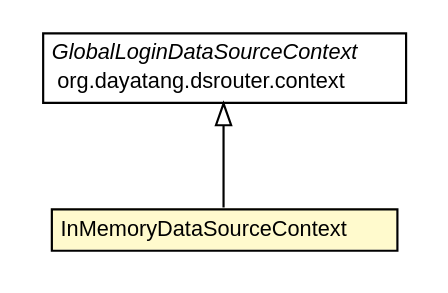
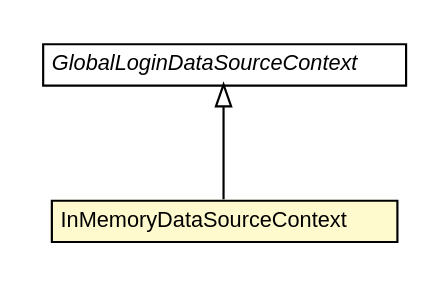
The diagram in dddlib-datasource-router/apidocs/org/dayatang/dsrouter/context/memory/InMemoryDataSourceContext.dot (dayatang/dddlib), drawn with Graphviz before and after one commit. The commit also changed 269 other files, not shown here.

```diff
--- a/dddlib-datasource-router/apidocs/org/dayatang/dsrouter/context/memory/InMemoryDataSourceContext.dot
+++ b/dddlib-datasource-router/apidocs/org/dayatang/dsrouter/context/memory/InMemoryDataSourceContext.dot
@@ -1,27 +1,26 @@
 #!/usr/local/bin/dot
 #
 # Class diagram 
 # Generated by UMLGraph version R5_6_6-8-g8d7759 (http://www.umlgraph.org/)
 #
 
 digraph G {
 	edge [fontname="Helvetica",fontsize=10,labelfontname="Helvetica",labelfontsize=10];
 	node [fontname="Helvetica",fontsize=10,shape=plaintext];
 	nodesep=0.25;
 	ranksep=0.5;
 	// org.dayatang.dsrouter.context.GlobalLoginDataSourceContext
-	c358 [label=<<table title="org.dayatang.dsrouter.context.GlobalLoginDataSourceContext" border="0" cellborder="1" cellspacing="0" cellpadding="2" port="p" href="../GlobalLoginDataSourceContext.html">
+	c341 [label=<<table title="org.dayatang.dsrouter.context.GlobalLoginDataSourceContext" border="0" cellborder="1" cellspacing="0" cellpadding="2" port="p" href="../GlobalLoginDataSourceContext.html">
 		<tr><td><table border="0" cellspacing="0" cellpadding="1">
 <tr><td align="center" balign="center"><font face="Helvetica-Oblique"> GlobalLoginDataSourceContext </font></td></tr>
-<tr><td align="center" balign="center"> org.dayatang.dsrouter.context </td></tr>
 		</table></td></tr>
 		</table>>, URL="../GlobalLoginDataSourceContext.html", fontname="Helvetica", fontcolor="black", fontsize=10.0];
 	// org.dayatang.dsrouter.context.memory.InMemoryDataSourceContext
-	c360 [label=<<table title="org.dayatang.dsrouter.context.memory.InMemoryDataSourceContext" border="0" cellborder="1" cellspacing="0" cellpadding="2" port="p" bgcolor="lemonChiffon" href="./InMemoryDataSourceContext.html">
+	c343 [label=<<table title="org.dayatang.dsrouter.context.memory.InMemoryDataSourceContext" border="0" cellborder="1" cellspacing="0" cellpadding="2" port="p" bgcolor="lemonChiffon" href="./InMemoryDataSourceContext.html">
 		<tr><td><table border="0" cellspacing="0" cellpadding="1">
 <tr><td align="center" balign="center"> InMemoryDataSourceContext </td></tr>
 		</table></td></tr>
 		</table>>, URL="./InMemoryDataSourceContext.html", fontname="Helvetica", fontcolor="black", fontsize=10.0];
 	//org.dayatang.dsrouter.context.memory.InMemoryDataSourceContext extends org.dayatang.dsrouter.context.GlobalLoginDataSourceContext
-	c358:p -> c360:p [dir=back,arrowtail=empty];
+	c341:p -> c343:p [dir=back,arrowtail=empty];
 }
```
